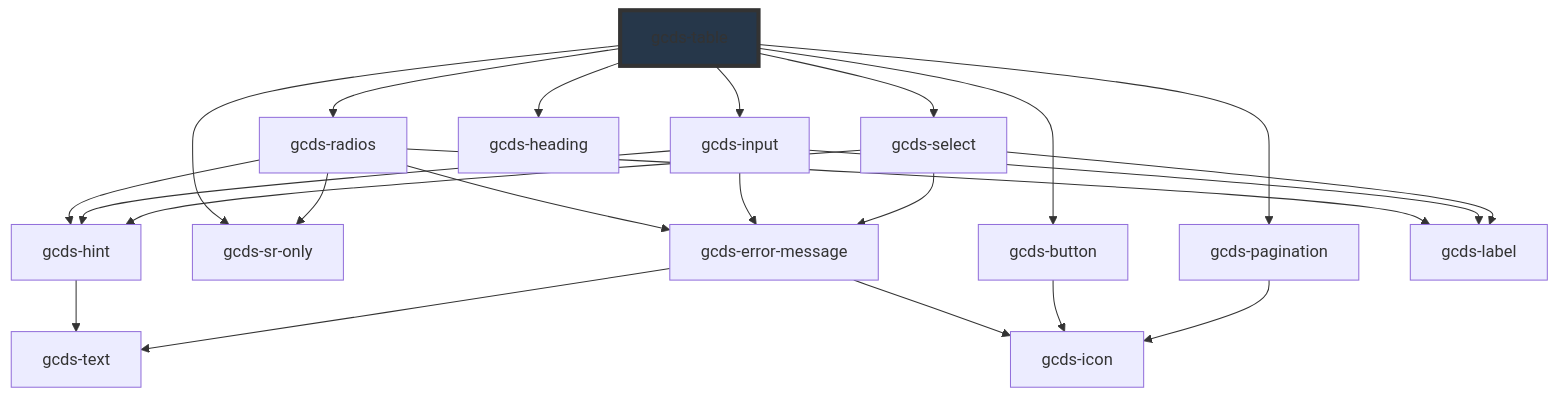
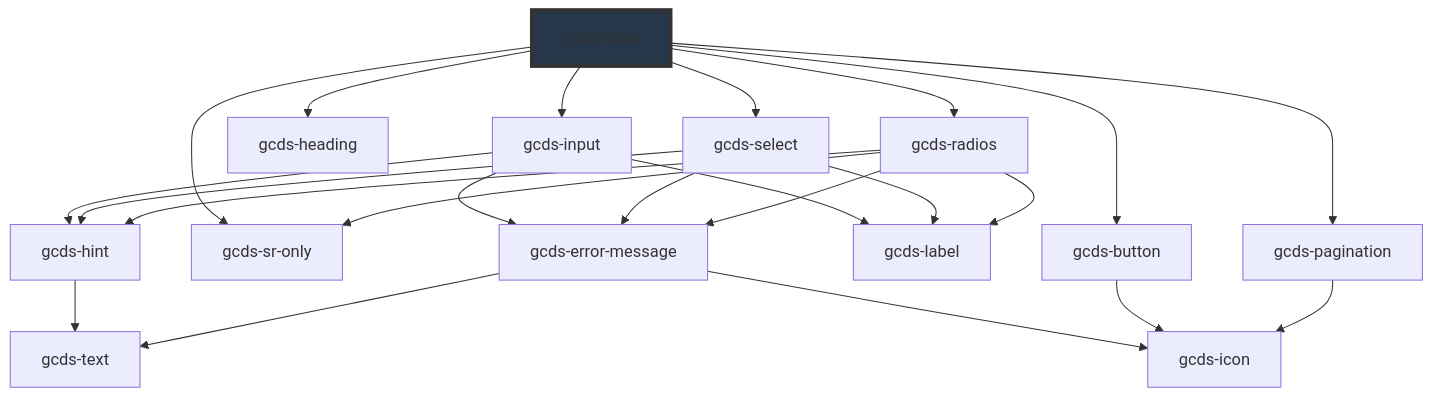
The diagram in packages/web/src/components/gcds-table/readme.md (cds-snc/gcds-components), drawn with Mermaid before and after one commit. The commit also changed other lines of this file and 4 other files, not shown here.

````diff
--- a/packages/web/src/components/gcds-table/readme.md
+++ b/packages/web/src/components/gcds-table/readme.md
@@ -37,26 +37,26 @@
 ```mermaid
 graph TD;
-  gcds-table --> gcds-radios
   gcds-table --> gcds-input
   gcds-table --> gcds-button
   gcds-table --> gcds-sr-only
   gcds-table --> gcds-heading
   gcds-table --> gcds-select
   gcds-table --> gcds-pagination
-  gcds-radios --> gcds-sr-only
-  gcds-radios --> gcds-hint
-  gcds-radios --> gcds-error-message
-  gcds-radios --> gcds-label
+  gcds-table --> gcds-radios
+  gcds-input --> gcds-label
+  gcds-input --> gcds-hint
+  gcds-input --> gcds-error-message
   gcds-hint --> gcds-text
   gcds-error-message --> gcds-text
   gcds-error-message --> gcds-icon
-  gcds-input --> gcds-label
-  gcds-input --> gcds-hint
-  gcds-input --> gcds-error-message
   gcds-button --> gcds-icon
   gcds-select --> gcds-label
   gcds-select --> gcds-hint
   gcds-select --> gcds-error-message
   gcds-pagination --> gcds-icon
+  gcds-radios --> gcds-sr-only
+  gcds-radios --> gcds-hint
+  gcds-radios --> gcds-error-message
+  gcds-radios --> gcds-label
   style gcds-table fill:#26374a,stroke:#333,stroke-width:4px
 ```
````
